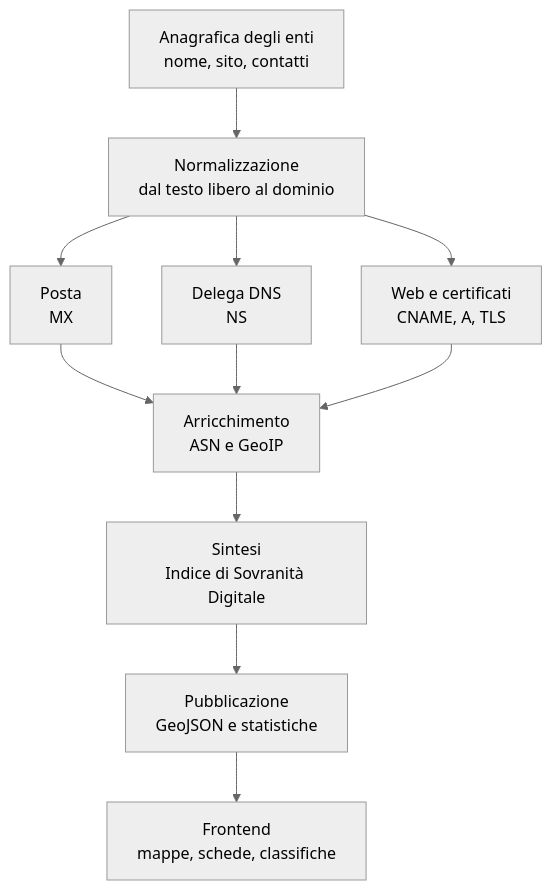
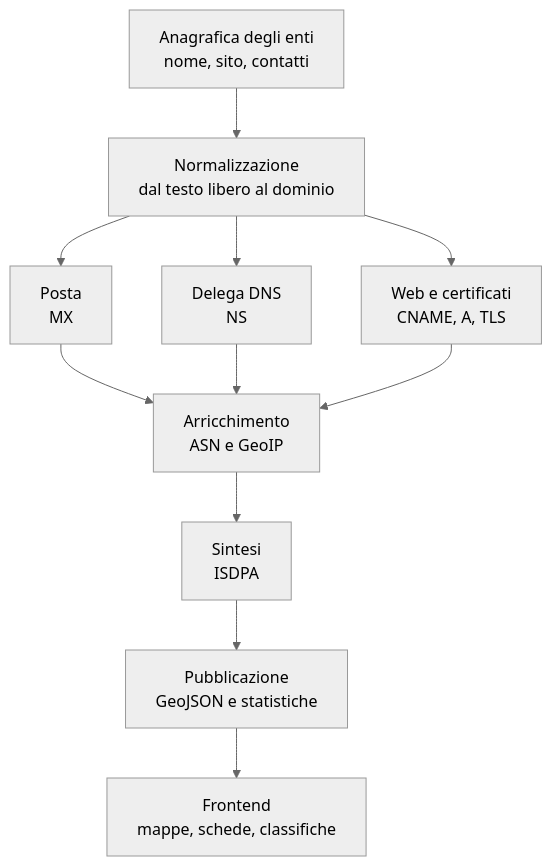
The diagram in docs/index.md (pietrobiase/osservatorio-sovranita-digitale-backend), drawn with Mermaid (neutral theme) before and after one commit. The commit also changed 10 other files, not shown here.

````diff
--- a/docs/index.md
+++ b/docs/index.md
@@ -53,13 +53,13 @@
 ```mermaid
 flowchart TD
     A["Anagrafica degli enti<br/>nome, sito, contatti"] --> B["Normalizzazione<br/>dal testo libero al dominio"]
     B --> C1["Posta<br/>MX"]
     B --> C2["Delega DNS<br/>NS"]
     B --> C3["Web e certificati<br/>CNAME, A, TLS"]
     C1 --> D["Arricchimento<br/>ASN e GeoIP"]
     C2 --> D
     C3 --> D
-    D --> E["Sintesi<br/>Indice di Sovranità Digitale"]
+    D --> E["Sintesi<br/>ISDPA"]
     E --> F["Pubblicazione<br/>GeoJSON e statistiche"]
     F --> G["Frontend<br/>mappe, schede, classifiche"]
 ```
````
